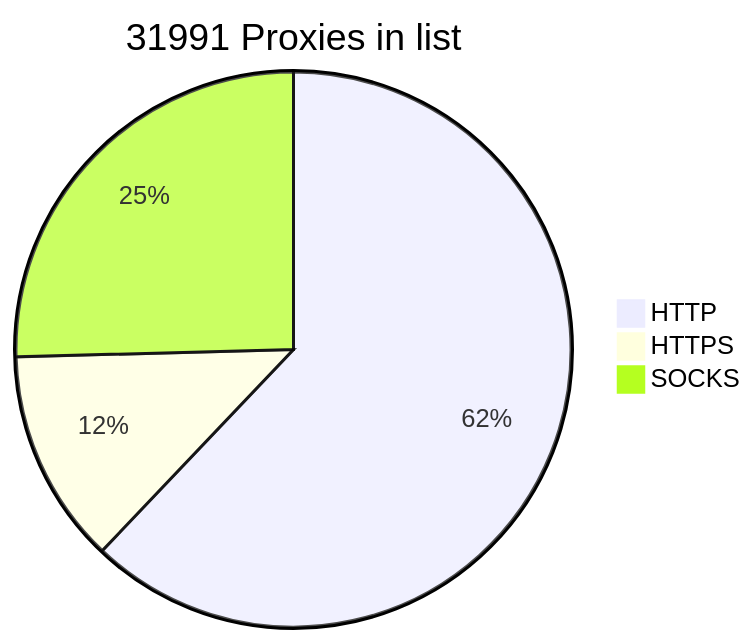
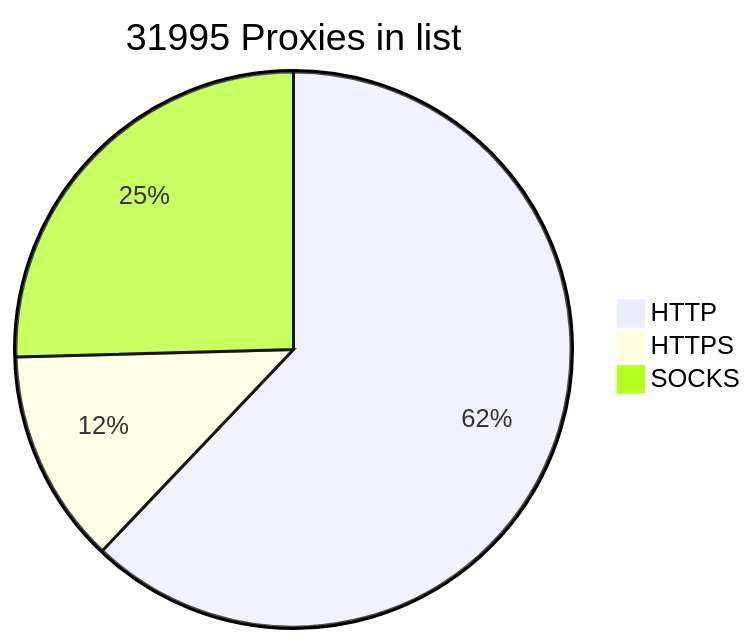
Before and after one commit to BlackSnowDot/proxylist-update-every-minute: the diagram in README.md, drawn with Mermaid.

````diff
--- a/README.md
+++ b/README.md
@@ -2,6 +2,6 @@
 ```mermaid
-pie title 31991 Proxies in list
+pie title 31995 Proxies in list
     "HTTP" : 21947
-    "HTTPS": 4412
-    "SOCKS" : 8985
+    "HTTPS": 4413
+    "SOCKS" : 8987
 ```
````
